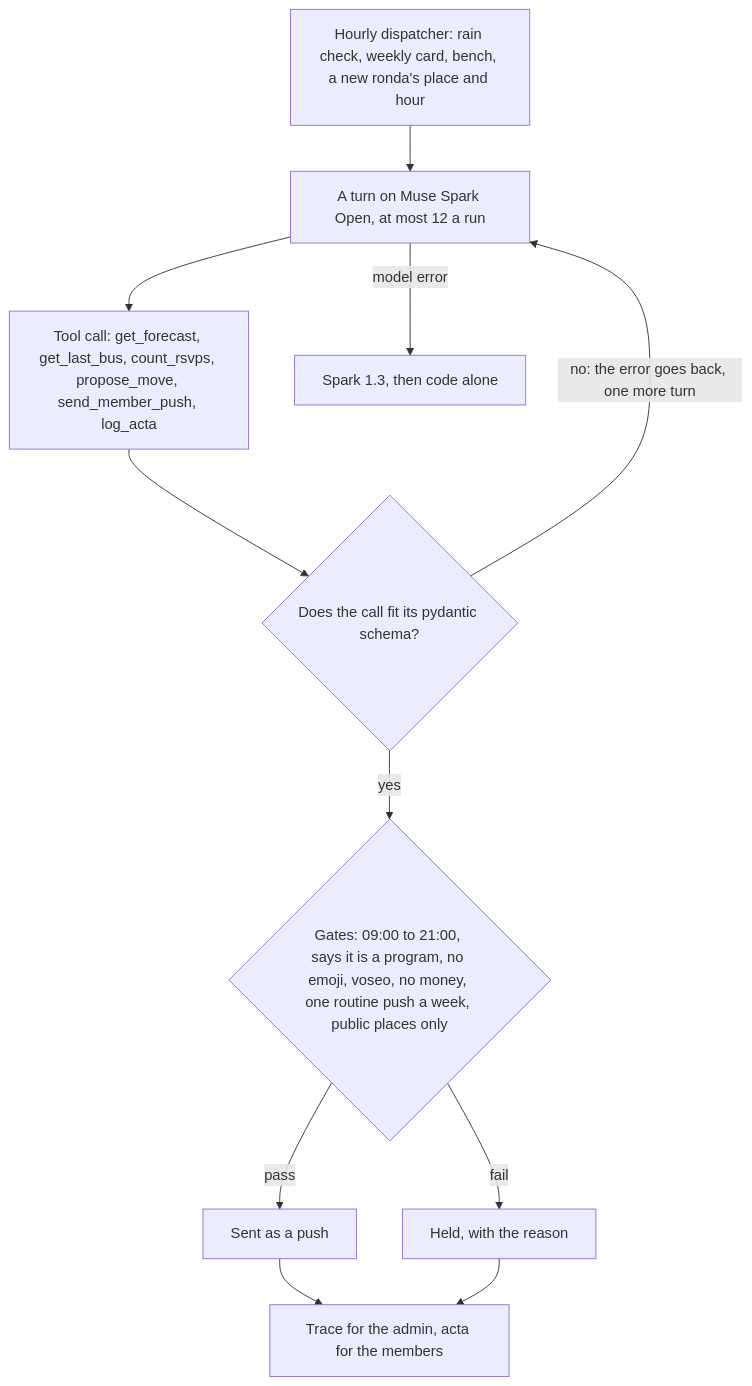
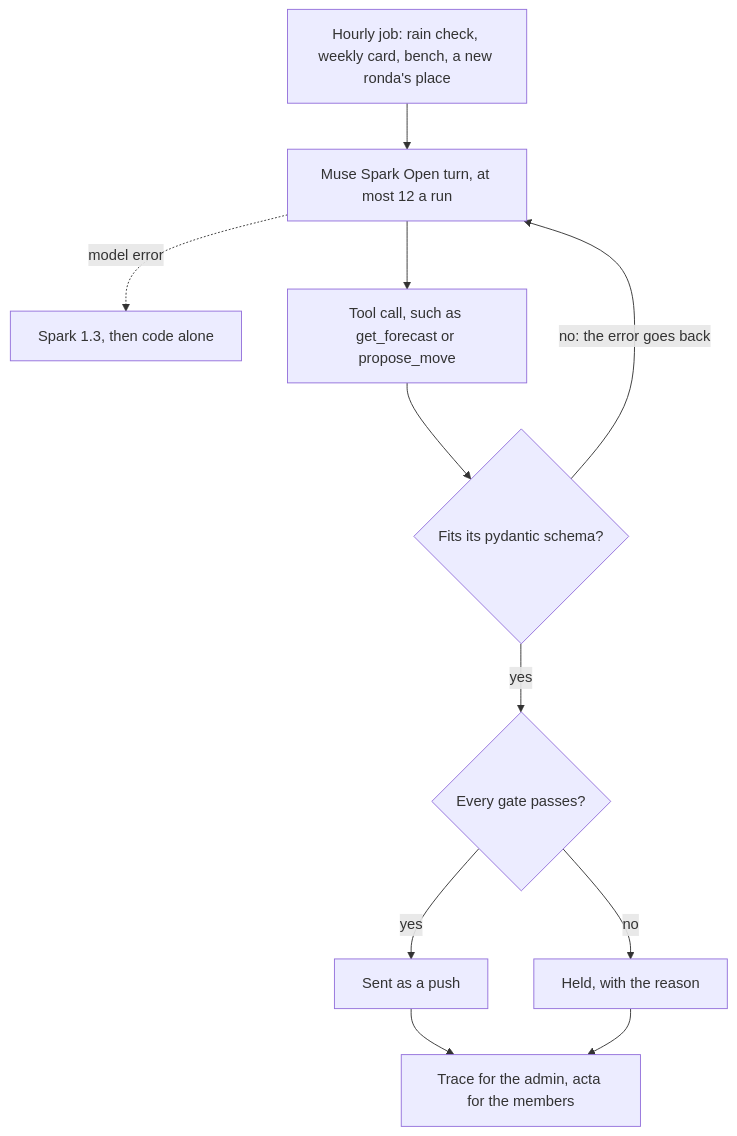
The third of 3 diagrams in README.md (Cirorx/ronda), drawn with Mermaid before and after one commit. The commit also changed other lines of this file, not shown here.

Commit message:
Lay the README's diagrams out to read at GitHub's width
The architecture ran left to right, so GitHub scaled it down to an unreadable strip; it now runs
top to bottom. The organiser's loop carried the full gate list and tool list inside its nodes and
came out over 1,600 px tall; the nodes are short now and the gates are listed under the diagram,
in the order the code applies them.

Part of #32.

````diff
--- a/README.md
+++ b/README.md
@@ -188,23 +188,23 @@
 ```mermaid
 flowchart TD
-  job["Hourly dispatcher: rain check, weekly card, bench, a new ronda's place and hour"]
-  turn["A turn on Muse Spark Open, at most 12 a run"]
-  tool["Tool call: get_forecast, get_last_bus, count_rsvps, propose_move, send_member_push, log_acta"]
-  fits{"Does the call fit its pydantic schema?"}
-  gates{"Gates: 09:00 to 21:00, says it is a program, no emoji, voseo, no money, one routine push a week, public places only"}
+  job["Hourly job: rain check, weekly card, bench, a new ronda's place"]
+  turn["Muse Spark Open turn, at most 12 a run"]
+  fallback["Spark 1.3, then code alone"]
+  tool["Tool call, such as get_forecast or propose_move"]
+  fits{"Fits its pydantic schema?"}
+  gates{"Every gate passes?"}
   sent["Sent as a push"]
   held["Held, with the reason"]
   log["Trace for the admin, acta for the members"]
-  fallback["Spark 1.3, then code alone"]
 
   job --> turn
-  turn -->|"model error"| fallback
+  turn -.->|"model error"| fallback
   turn --> tool
   tool --> fits
-  fits -->|"no: the error goes back, one more turn"| turn
+  fits -->|"no: the error goes back"| turn
   fits -->|"yes"| gates
-  gates -->|"pass"| sent
-  gates -->|"fail"| held
+  gates -->|"yes"| sent
+  gates -->|"no"| held
   sent --> log
   held --> log
 ```
````
